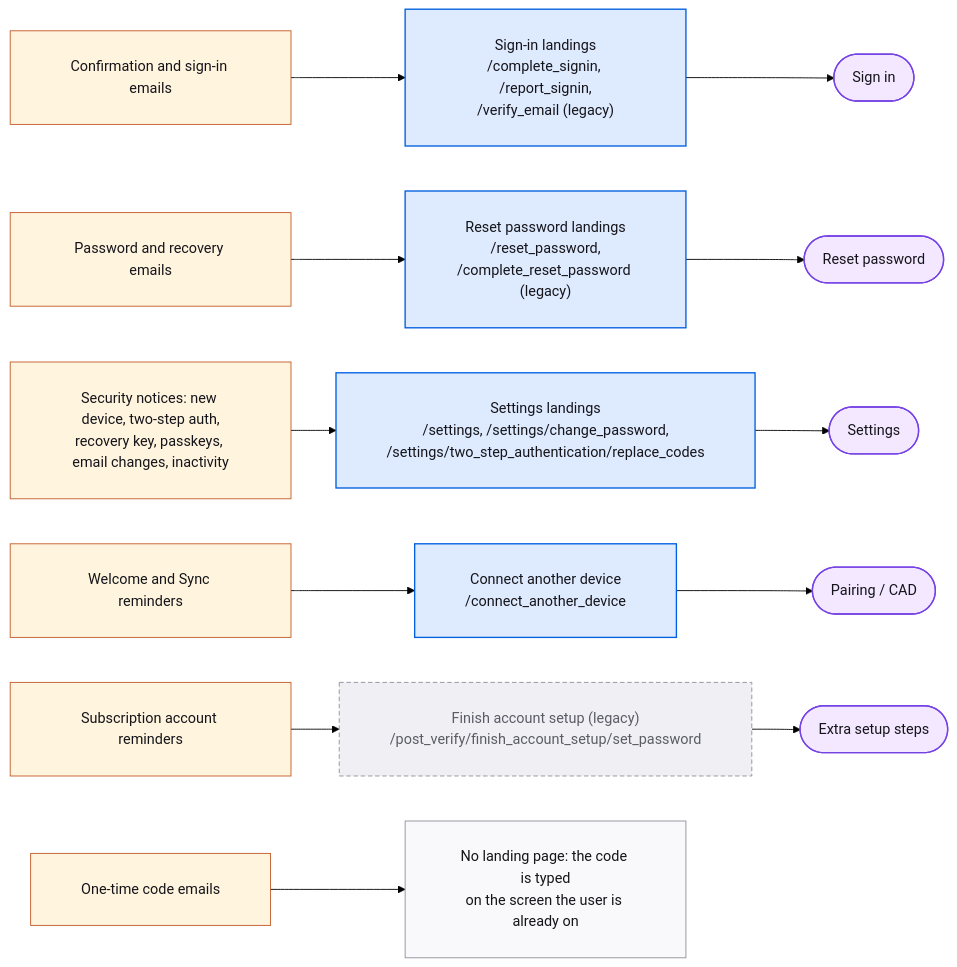
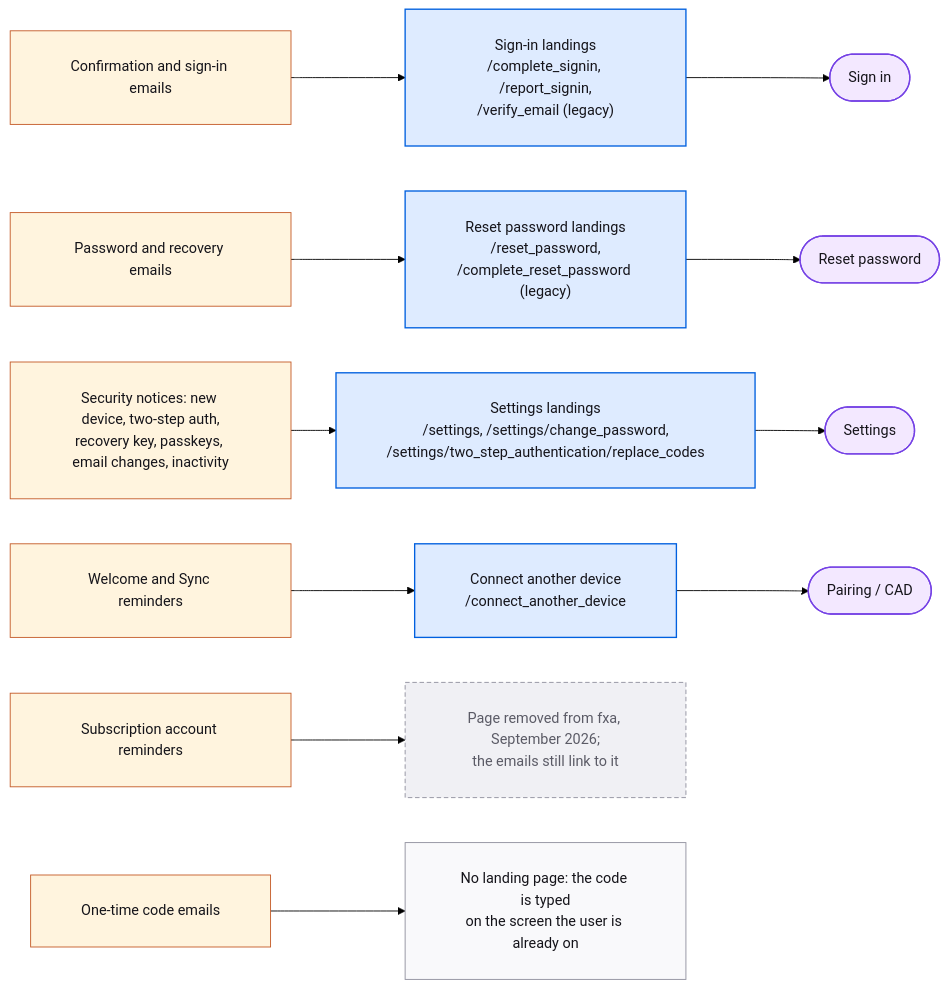
One commit to mozilla/ecosystem-platform changed the diagram in docs/fxa-sitemap/emails.md. Above: the diagram before and after it, drawn with Mermaid (forest theme). The commit also changed other lines of this file and 2 other files, not shown here.

Commit message:
docs(fxa-sitemap): drop the removed finish-account-setup route
mozilla/fxa 69add66153 removed /post_verify/finish_account_setup/set_password.
The subscription account reminder emails still link to it, which the
Emails page now says. Also puts the assistant prompt in a code block.

````diff
--- a/docs/fxa-sitemap/emails.md
+++ b/docs/fxa-sitemap/emails.md
@@ -14,32 +14,30 @@
 ```mermaid
 %%{init: {"flowchart": {"padding": 28}}}%%
 flowchart LR
   confirm["Confirmation and sign-in emails"] --> l_signin["Sign-in landings<br/>/complete_signin, /report_signin,<br/>/verify_email (legacy)"]
   pw["Password and recovery emails"] --> l_reset["Reset password landings<br/>/reset_password,<br/>/complete_reset_password (legacy)"]
   notices["Security notices: new device, two-step auth,<br/>recovery key, passkeys, email changes, inactivity"] --> l_settings["Settings landings<br/>/settings, /settings/change_password,<br/>/settings/two_step_authentication/replace_codes"]
   sync["Welcome and Sync reminders"] --> l_cad["Connect another device<br/>/connect_another_device"]
-  sub["Subscription account reminders"] --> l_extra["Finish account setup (legacy)<br/>/post_verify/finish_account_setup/set_password"]
+  sub["Subscription account reminders"] --> l_extra["Page removed from fxa, September 2026;<br/>the emails still link to it"]
   codes["One-time code emails"] --> typed["No landing page: the code is typed<br/>on the screen the user is already on"]
   l_signin --> f_signin(["Sign in"])
   l_reset --> f_reset(["Reset password"])
   l_settings --> f_settings(["Settings"])
   l_cad --> f_pair(["Pairing / CAD"])
-  l_extra --> f_extra(["Extra setup steps"])
   classDef page fill:#deebff,stroke:#0060df,stroke-width:1.5px,color:#15141a
   classDef step fill:#f9f9fb,stroke:#8f8f9d,color:#15141a
   classDef legacy fill:#f0f0f4,stroke:#8f8f9d,stroke-dasharray:5 3,color:#5b5b66
   classDef exit fill:#e3fff3,stroke:#017a40,color:#15141a
   classDef source fill:#fff4de,stroke:#c45a27,color:#15141a
   classDef flow fill:#f3e8ff,stroke:#7542e5,stroke-width:1.5px,color:#15141a
   classDef mode fill:#f0f0f4,stroke:#5b5b66,color:#15141a
   class confirm,pw,notices,sync,sub,codes source
   class l_signin,l_reset,l_settings,l_cad page
   class l_extra legacy
   class typed step
-  class f_signin,f_reset,f_settings,f_pair,f_extra flow
+  class f_signin,f_reset,f_settings,f_pair flow
   click f_signin href "/ecosystem-platform/fxa-sitemap/flow-signin"
   click f_reset href "/ecosystem-platform/fxa-sitemap/flow-reset-password"
   click f_settings href "/ecosystem-platform/fxa-sitemap/flow-settings"
   click f_pair href "/ecosystem-platform/fxa-sitemap/flow-pairing"
-  click f_extra href "/ecosystem-platform/fxa-sitemap/flow-post-signin-setup"
 ```
````
